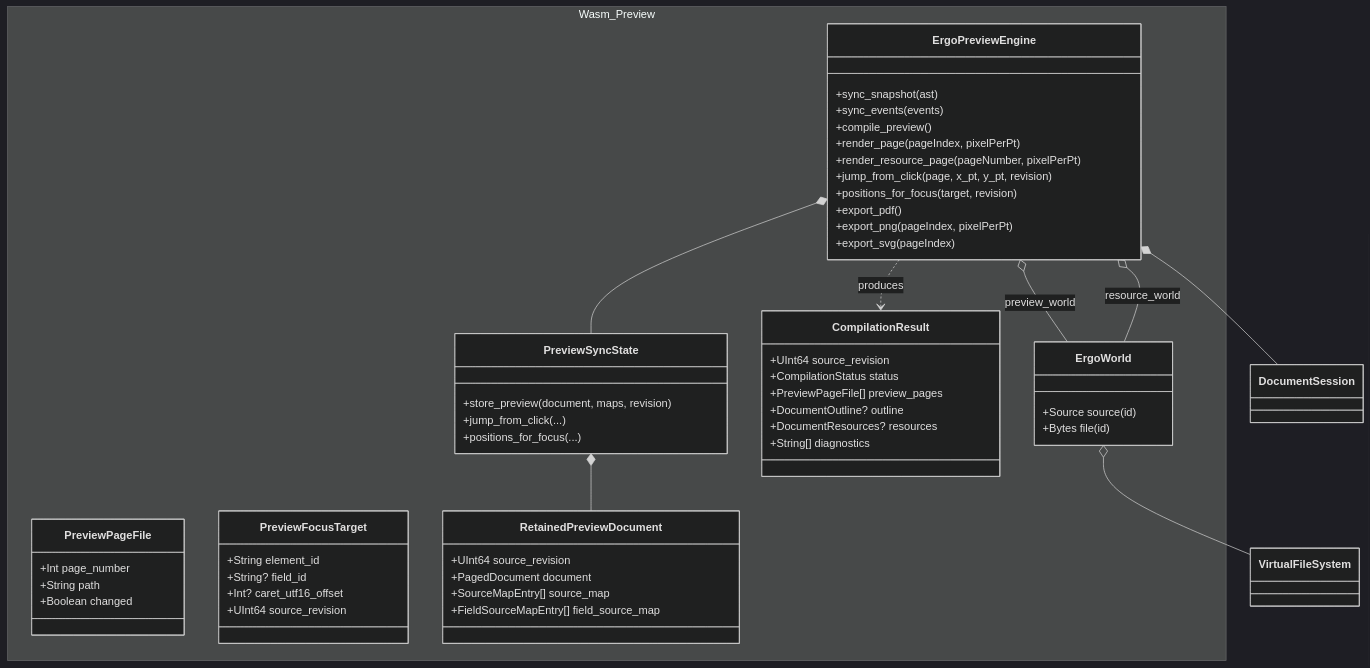
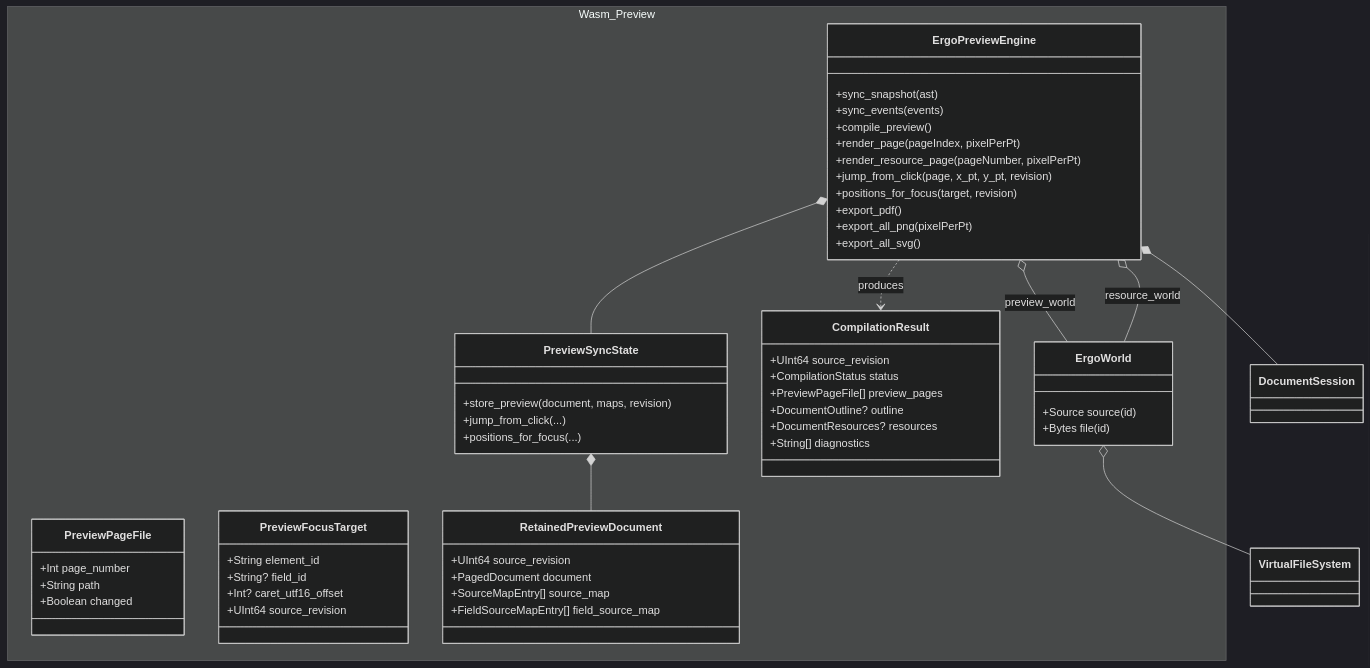
One commit to andmoreduro/ergo changed the fifth of 5 diagrams in context/class-diagrams.md. Above: the diagram before and after it, drawn with Mermaid (dark theme). The commit also changed 57 other files, not shown here.

````diff
--- a/context/class-diagrams.md
+++ b/context/class-diagrams.md
@@ -272,65 +272,65 @@
 ```mermaid
 classDiagram
     namespace Wasm_Preview {
         class ErgoPreviewEngine {
             +sync_snapshot(ast)
             +sync_events(events)
             +compile_preview()
             +render_page(pageIndex, pixelPerPt)
             +render_resource_page(pageNumber, pixelPerPt)
             +jump_from_click(page, x_pt, y_pt, revision)
             +positions_for_focus(target, revision)
             +export_pdf()
-            +export_png(pageIndex, pixelPerPt)
-            +export_svg(pageIndex)
+            +export_all_png(pixelPerPt)
+            +export_all_svg()
         }
 
         class PreviewSyncState {
             +store_preview(document, maps, revision)
             +jump_from_click(...)
             +positions_for_focus(...)
         }
 
         class CompilationResult {
             +UInt64 source_revision
             +CompilationStatus status
             +PreviewPageFile[] preview_pages
             +DocumentOutline? outline
             +DocumentResources? resources
             +String[] diagnostics
         }
 
         class PreviewPageFile {
             +Int page_number
             +String path
             +Boolean changed
         }
 
         class ErgoWorld {
             +Source source(id)
             +Bytes file(id)
         }
 
         class PreviewFocusTarget {
             +String element_id
             +String? field_id
             +Int? caret_utf16_offset
             +UInt64 source_revision
         }
 
         class RetainedPreviewDocument {
             +UInt64 source_revision
             +PagedDocument document
             +SourceMapEntry[] source_map
             +FieldSourceMapEntry[] field_source_map
         }
     }
 
     ErgoPreviewEngine *-- DocumentSession
     ErgoPreviewEngine *-- PreviewSyncState
     ErgoPreviewEngine o-- ErgoWorld : preview_world
     ErgoPreviewEngine o-- ErgoWorld : resource_world
     ErgoPreviewEngine ..> CompilationResult : produces
     PreviewSyncState *-- RetainedPreviewDocument
     ErgoWorld o-- VirtualFileSystem
 ```
````
